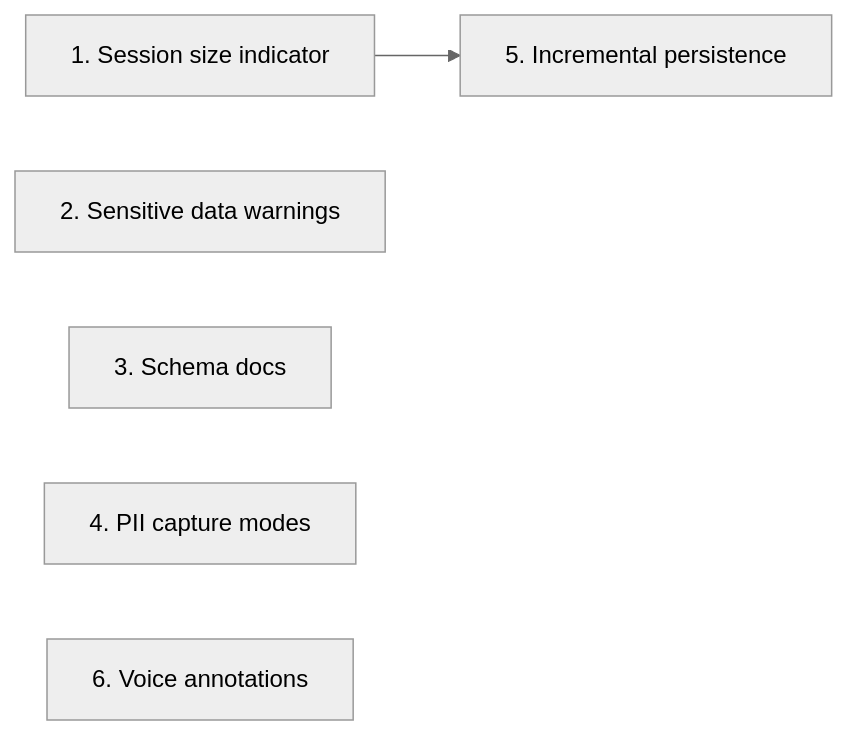
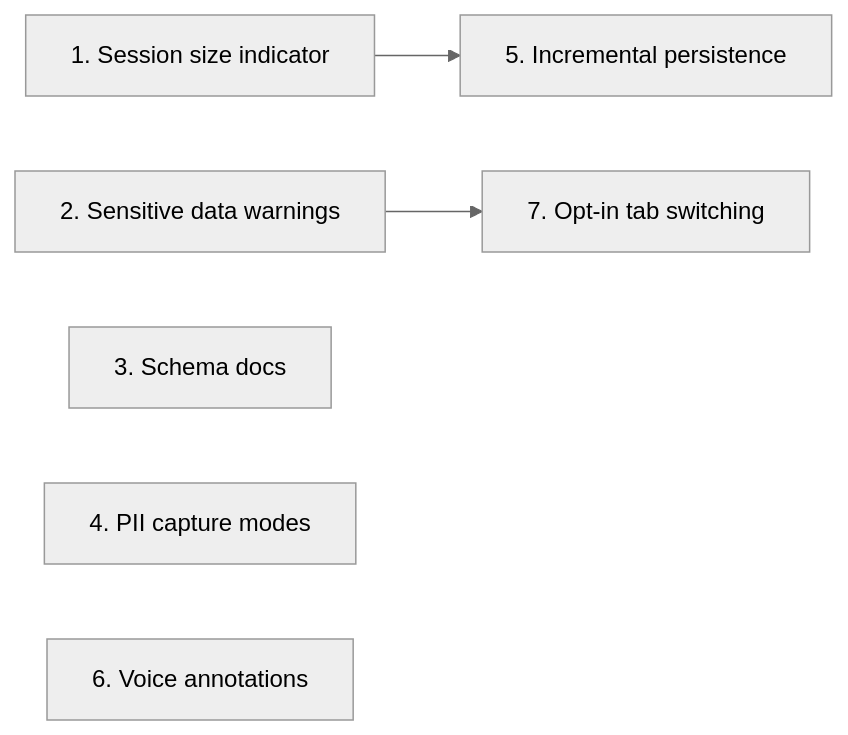
The diagram in docs/roadmap.md (thehogfather/deskcheck), drawn with Mermaid (neutral theme) before and after one commit. The commit also changed other lines of this file and 4 other files, not shown here.

````diff
--- a/docs/roadmap.md
+++ b/docs/roadmap.md
@@ -132,8 +146,8 @@
 ```mermaid
 graph LR
     1[1. Session size indicator] --> 5[5. Incremental persistence]
-    2[2. Sensitive data warnings]
+    2[2. Sensitive data warnings] --> 7[7. Opt-in tab switching]
     3[3. Schema docs]
     4[4. PII capture modes]
     6[6. Voice annotations]
 ```
````
